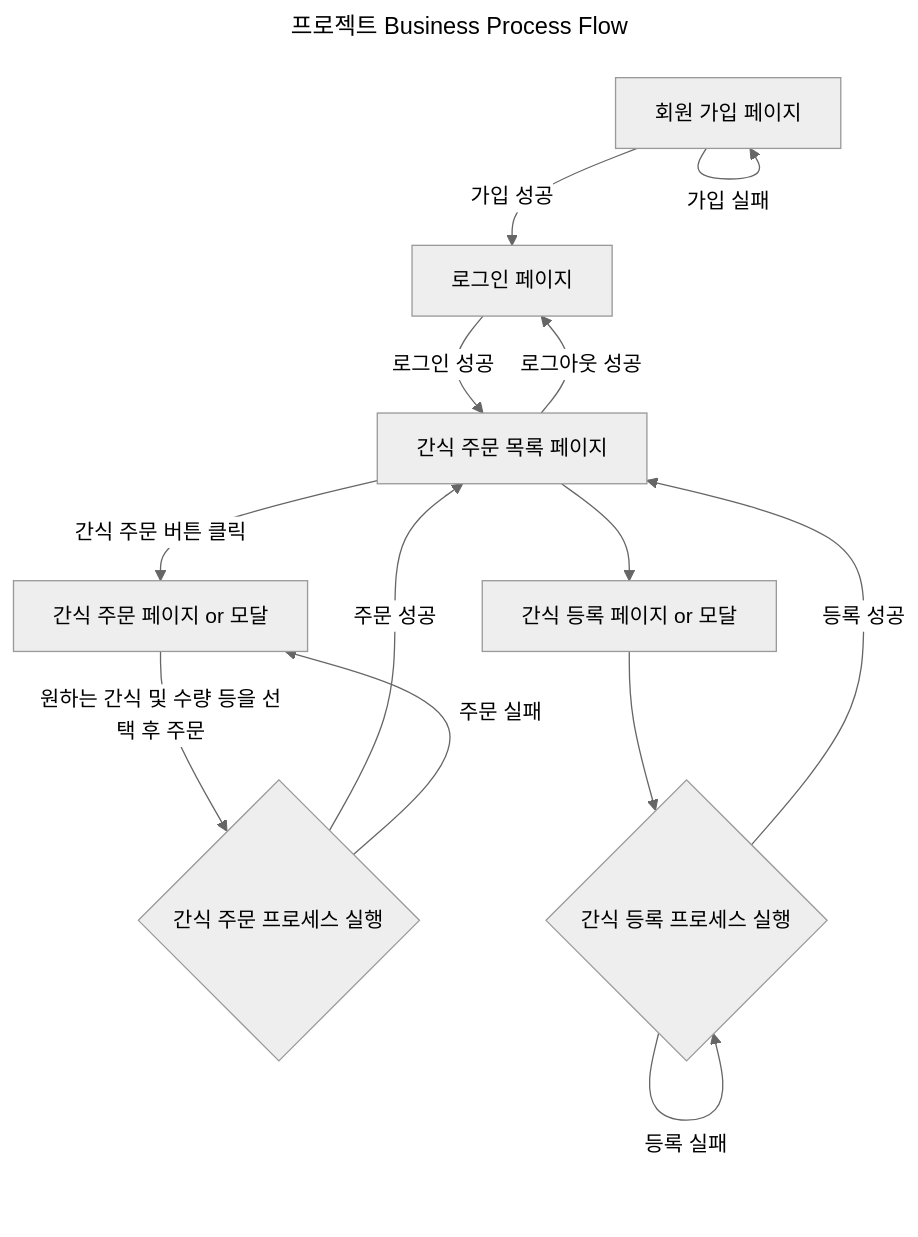
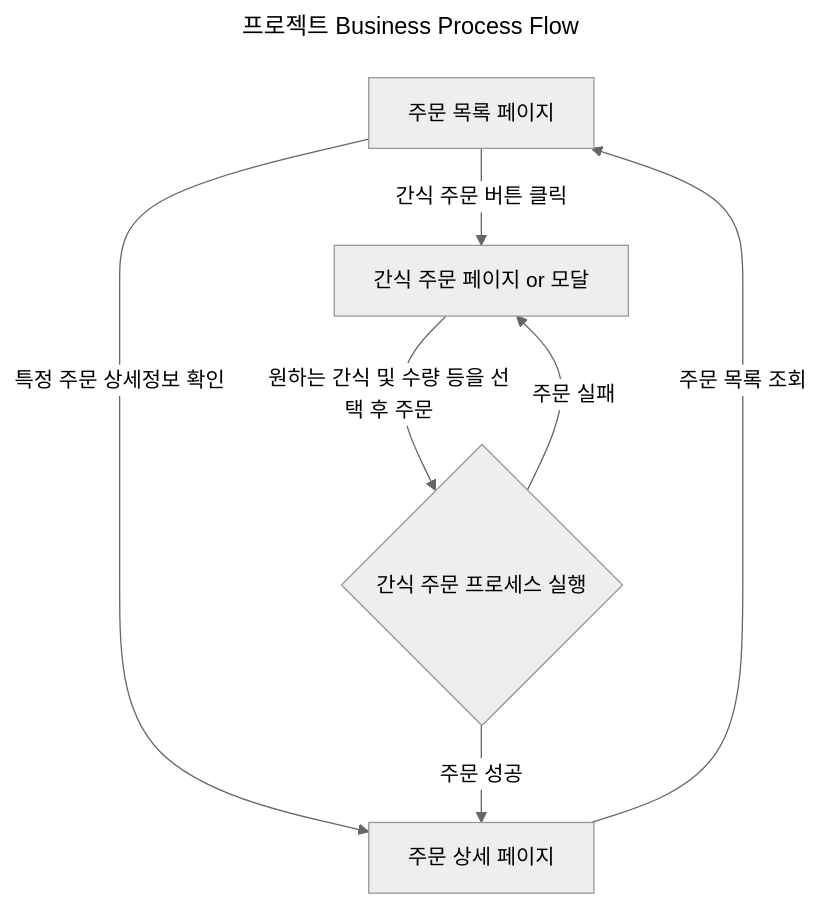
The third of 5 diagrams in README.md (orchwang/snack-manager-server), drawn with Mermaid (neutral theme) before and after one commit. The commit also changed other lines of this file, not shown here.

Commit message:
Update business process flow chart

````diff
--- a/README.md
+++ b/README.md
@@ -235,28 +274,17 @@
 ```mermaid
 ---
 title: 프로젝트 Business Process Flow
 ---
 flowchart TD
-    signup[회원 가입 페이지]
-    login[로그인 페이지]
-    orderlist[간식 주문 목록 페이지]
+    orderlist[주문 목록 페이지]
+    orderdetail[주문 상세 페이지]
     ordersnack[간식 주문 페이지 or 모달]
-    registersnack[간식 등록 페이지 or 모달]
+    orderprocess{간식 주문 프로세스 실행}
     
-    orderprocess{간식 주문 프로세스 실행}
-    registerprocess{간식 등록 프로세스 실행}
-    
-    signup --> |가입 성공| login
-    signup --> |가입 실패| signup
-    login --> |로그인 성공| orderlist
-    orderlist --> |로그아웃 성공| login
-    
-    orderlist --> registersnack
-    registersnack --> registerprocess
-    registerprocess --> |등록 성공| orderlist
-    registerprocess --> |등록 실패| registerprocess
+    orderlist --> |특정 주문 상세정보 확인| orderdetail
+    orderdetail --> |주문 목록 조회| orderlist
     orderlist --> |간식 주문 버튼 클릭| ordersnack
     ordersnack --> |원하는 간식 및 수량 등을 선택 후 주문| orderprocess
-    orderprocess --> |주문 성공| orderlist
+    orderprocess --> |주문 성공| orderdetail
     orderprocess --> |주문 실패| ordersnack
 ```
````
